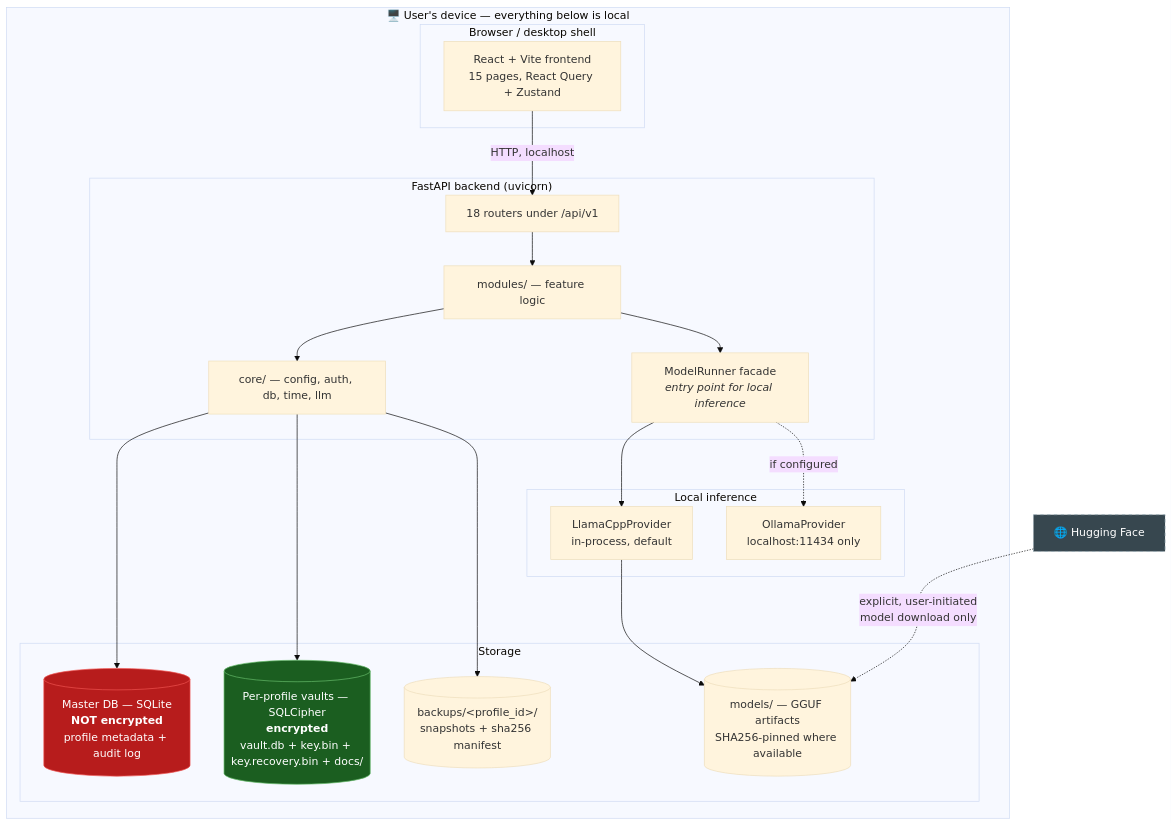
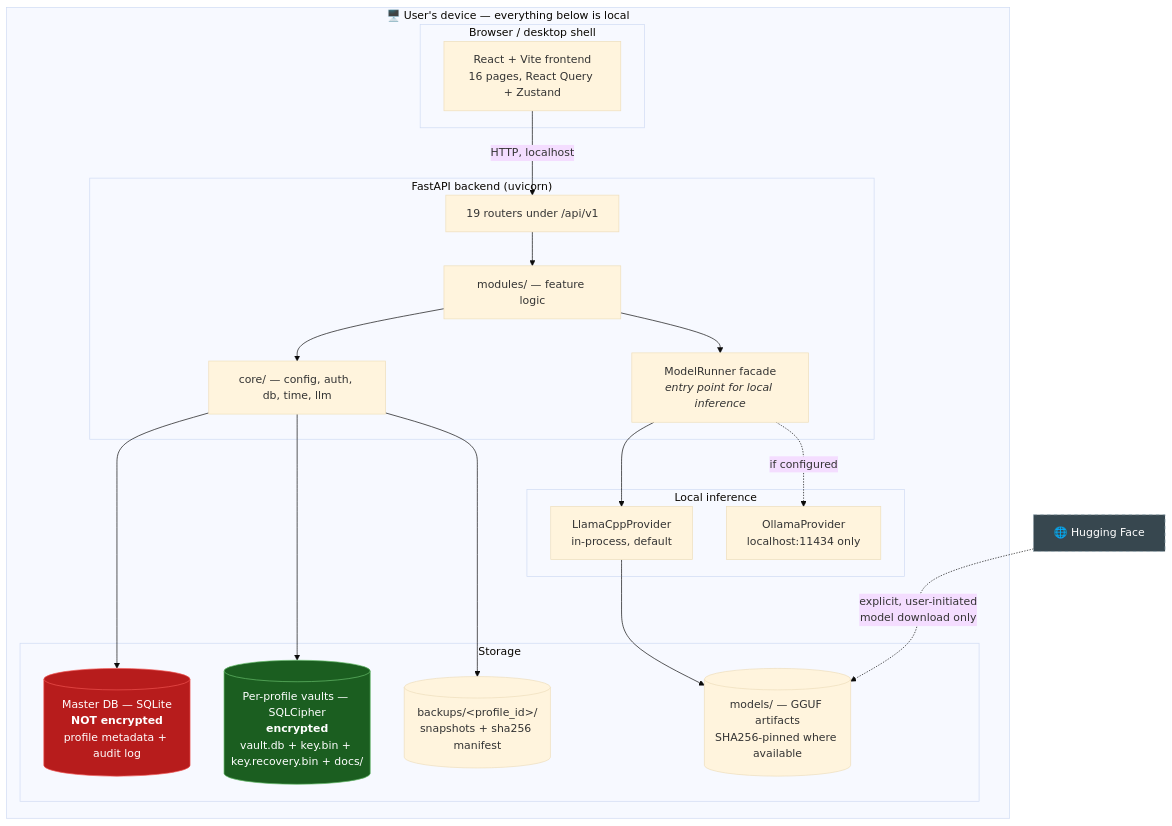
The first of 2 diagrams in docs/architecture/README.md (BrooklynD23/HealthCentral), drawn with Mermaid (base theme) before and after one commit. The commit also changed other lines of this file and 11 other files, not shown here.

First line of the commit message:
docs: refresh README and architecture docs against the code

````diff
--- a/docs/architecture/README.md
+++ b/docs/architecture/README.md
@@ -39,47 +39,47 @@
 ```mermaid
 graph TB
     subgraph device["🖥️ User's device — everything below is local"]
         subgraph browser["Browser / desktop shell"]
-            UI["React + Vite frontend<br/>15 pages, React Query + Zustand"]
+            UI["React + Vite frontend<br/>16 pages, React Query + Zustand"]
         end
 
         subgraph backend["FastAPI backend (uvicorn)"]
-            API["18 routers under /api/v1"]
+            API["19 routers under /api/v1"]
             MOD["modules/ — feature logic"]
             CORE["core/ — config, auth, db, time, llm"]
             MR["ModelRunner facade<br/><i>entry point for local inference</i>"]
         end
 
         subgraph storage["Storage"]
             MASTER[("Master DB — SQLite<br/><b>NOT encrypted</b><br/>profile metadata + audit log")]
             VAULT[("Per-profile vaults — SQLCipher<br/><b>encrypted</b><br/>vault.db + key.bin + key.recovery.bin + docs/")]
             BACKUPS[("backups/&lt;profile_id&gt;/<br/>snapshots + sha256 manifest")]
             MODELS[("models/ — GGUF artifacts<br/>SHA256-pinned where available")]
         end
 
         subgraph llm["Local inference"]
             LCPP["LlamaCppProvider<br/>in-process, default"]
             OLLAMA["OllamaProvider<br/>localhost:11434 only"]
         end
     end
 
     HF["🌐 Hugging Face"]
 
     UI -->|"HTTP, localhost"| API
     API --> MOD --> CORE
     MOD --> MR
     MR --> LCPP
     MR -.->|"if configured"| OLLAMA
     LCPP --> MODELS
     CORE --> MASTER
     CORE --> VAULT
     CORE --> BACKUPS
     HF -.->|"explicit, user-initiated<br/>model download only"| MODELS
 
     classDef encrypted fill:#1b5e20,stroke:#66bb6a,color:#fff
     classDef plain fill:#b71c1c,stroke:#ef5350,color:#fff
     classDef external fill:#37474f,stroke:#90a4ae,color:#fff,stroke-dasharray: 5 5
     class VAULT encrypted
     class MASTER plain
     class HF external
 ```
````
